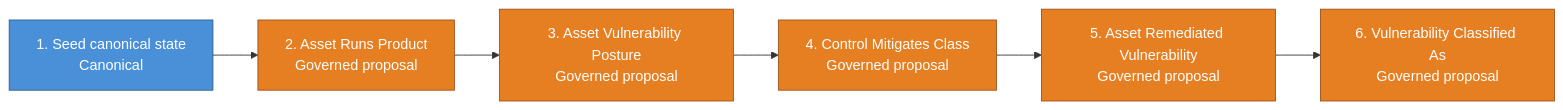
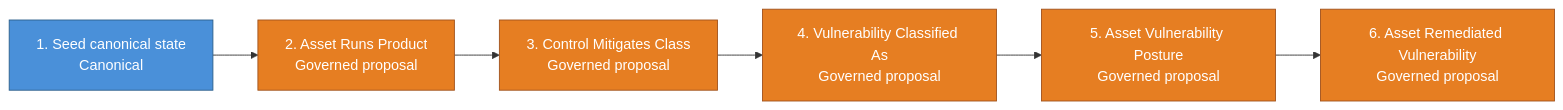
One commit to cruxible-ai/cruxible changed the second of 3 diagrams in kits/kev-triage/README.md. Above: the diagram before and after it, drawn with Mermaid. The commit also changed other lines of this file and 11 other files, not shown here.

````diff
--- a/kits/kev-triage/README.md
+++ b/kits/kev-triage/README.md
@@ -96,19 +90,19 @@
 ```mermaid
 flowchart LR
   classDef canonicalWorkflow fill:#4a90d9,stroke:#2c5f8a,color:#fff
   classDef governedWorkflow fill:#e67e22,stroke:#a0521c,color:#fff
 
   workflow_pipeline_build_local_state["1. Seed canonical state<br/>Canonical"]
   workflow_pipeline_propose_asset_products["2. Asset Runs Product<br/>Governed proposal"]
-  workflow_pipeline_propose_asset_exposure["3. Asset Vulnerability Posture<br/>Governed proposal"]
-  workflow_pipeline_propose_control_mitigates_class["4. Control Mitigates Class<br/>Governed proposal"]
-  workflow_pipeline_propose_exposure_reconciliation["5. Asset Remediated Vulnerability<br/>Governed proposal"]
-  workflow_pipeline_propose_vulnerability_classification["6. Vulnerability Classified As<br/>Governed proposal"]
+  workflow_pipeline_propose_control_mitigates_class["3. Control Mitigates Class<br/>Governed proposal"]
+  workflow_pipeline_propose_vulnerability_classification["4. Vulnerability Classified As<br/>Governed proposal"]
+  workflow_pipeline_propose_asset_exposure["5. Asset Vulnerability Posture<br/>Governed proposal"]
+  workflow_pipeline_propose_exposure_reconciliation["6. Asset Remediated Vulnerability<br/>Governed proposal"]
   workflow_pipeline_build_local_state --> workflow_pipeline_propose_asset_products
-  workflow_pipeline_propose_asset_products --> workflow_pipeline_propose_asset_exposure
-  workflow_pipeline_propose_asset_exposure --> workflow_pipeline_propose_control_mitigates_class
-  workflow_pipeline_propose_control_mitigates_class --> workflow_pipeline_propose_exposure_reconciliation
-  workflow_pipeline_propose_exposure_reconciliation --> workflow_pipeline_propose_vulnerability_classification
+  workflow_pipeline_propose_asset_products --> workflow_pipeline_propose_control_mitigates_class
+  workflow_pipeline_propose_control_mitigates_class --> workflow_pipeline_propose_vulnerability_classification
+  workflow_pipeline_propose_vulnerability_classification --> workflow_pipeline_propose_asset_exposure
+  workflow_pipeline_propose_asset_exposure --> workflow_pipeline_propose_exposure_reconciliation
   class workflow_pipeline_build_local_state canonicalWorkflow
-  class workflow_pipeline_propose_asset_products,workflow_pipeline_propose_asset_exposure,workflow_pipeline_propose_control_mitigates_class,workflow_pipeline_propose_exposure_reconciliation,workflow_pipeline_propose_vulnerability_classification governedWorkflow
+  class workflow_pipeline_propose_asset_products,workflow_pipeline_propose_control_mitigates_class,workflow_pipeline_propose_vulnerability_classification,workflow_pipeline_propose_asset_exposure,workflow_pipeline_propose_exposure_reconciliation governedWorkflow
 ```
````
